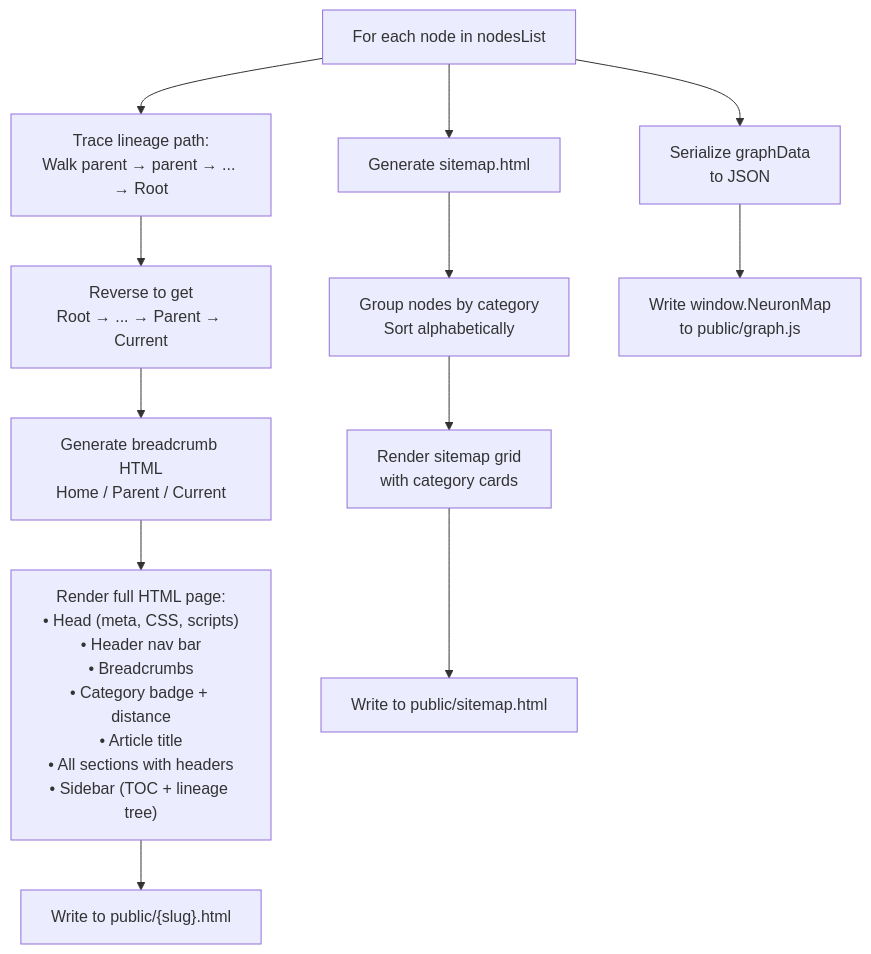
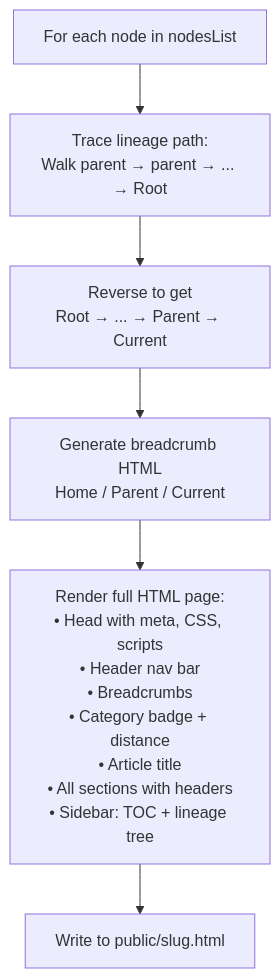
One commit to Kavyargb/Neuron-IQ changed the fourth of 13 diagrams in README.md. Above: the diagram before and after it, drawn with Mermaid. The commit also changed other lines of this file, not shown here.

First line of the commit message:
Revamp README with architecture, features, PWA

````diff
--- a/README.md
+++ b/README.md
@@ -208,16 +259,8 @@
 ```mermaid
 flowchart TD
     A["For each node in nodesList"] --> B["Trace lineage path:<br>Walk parent → parent → ... → Root"]
     B --> C["Reverse to get<br>Root → ... → Parent → Current"]
     C --> D["Generate breadcrumb HTML<br>Home / Parent / Current"]
-    D --> E["Render full HTML page:<br>• Head (meta, CSS, scripts)<br>• Header nav bar<br>• Breadcrumbs<br>• Category badge + distance<br>• Article title<br>• All sections with headers<br>• Sidebar (TOC + lineage tree)"]
-    E --> F["Write to public/{slug}.html"]
-
-    A --> G["Generate sitemap.html"]
-    G --> H["Group nodes by category<br>Sort alphabetically"]
-    H --> I["Render sitemap grid<br>with category cards"]
-    I --> J["Write to public/sitemap.html"]
-
-    A --> K["Serialize graphData<br>to JSON"]
-    K --> L["Write window.NeuronMap<br>to public/graph.js"]
+    D --> E["Render full HTML page:<br>• Head with meta, CSS, scripts<br>• Header nav bar<br>• Breadcrumbs<br>• Category badge + distance<br>• Article title<br>• All sections with headers<br>• Sidebar: TOC + lineage tree"]
+    E --> F["Write to public/slug.html"]
 ```
````
